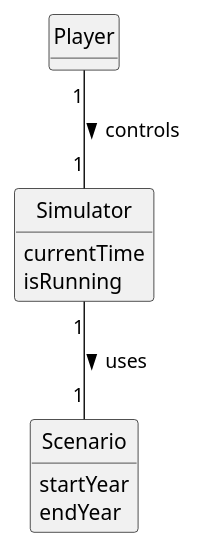
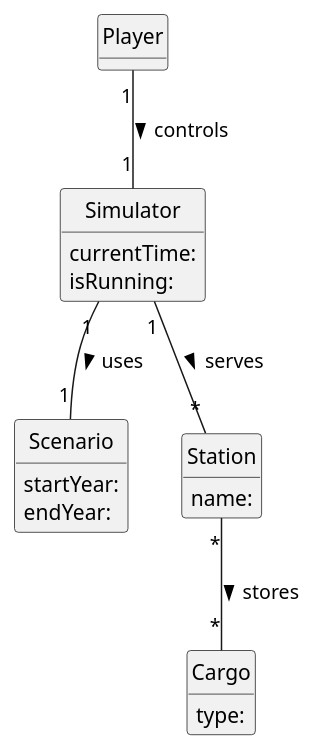
One commit to bruno-monteiro5/sem2-pi-24.25-g132-repo changed the diagram in docs/system-documentation/US012/02.analysis/puml/US012-DM.puml. Above: the diagram before and after it, drawn with PlantUML. The commit also changed 13 other files, not shown here.

```diff
--- a/docs/system-documentation/US012/02.analysis/puml/US012-DM.puml
+++ b/docs/system-documentation/US012/02.analysis/puml/US012-DM.puml
@@ -1,21 +1,35 @@
 @startuml
 skinparam monochrome true
 hide circle
 hide methods
 
 class Player {
 }
 
 class Simulator {
-  currentTime
-  isRunning
+  currentTime:
+  isRunning:
+  + start()
+  + pause()
+  + generateCargo()
 }
 
 class Scenario {
-  startYear
-  endYear
+  startYear:
+  endYear:
+}
+
+class Station {
+  name:
+  + receiveCargo(c: Cargo)
+}
+
+class Cargo {
+  type:
 }
 
 Player "1" -- "1" Simulator : controls >
 Simulator "1" -- "1" Scenario : uses >
+Simulator "1" -- "*" Station : serves >
+Station "*" -- "*" Cargo : stores >
 @enduml
```
